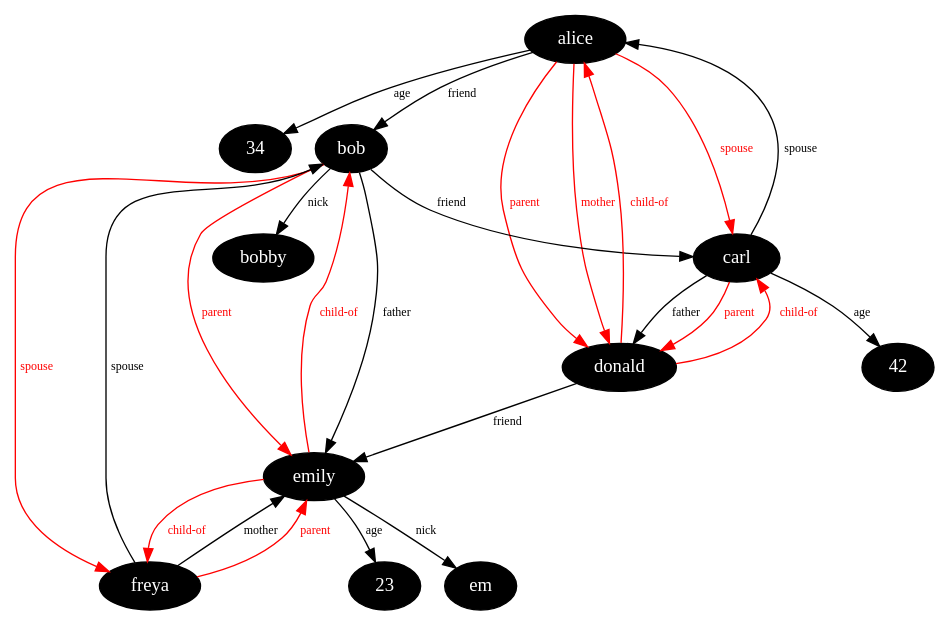
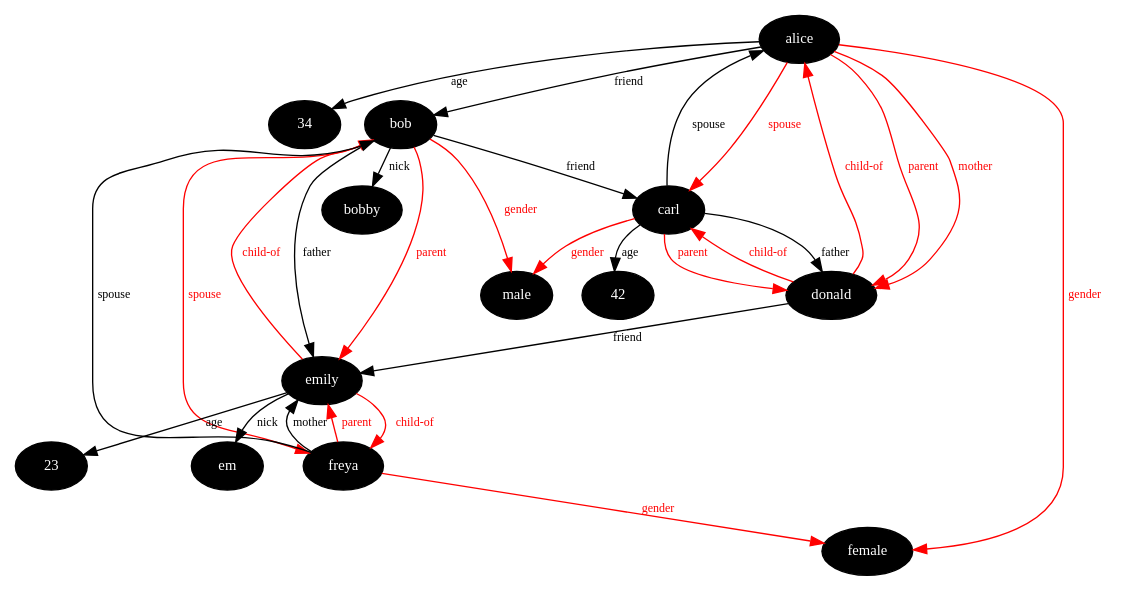
The diagram in assets/query-example02.dot (thi-ng/trio), drawn with Graphviz before and after one commit. The commit also changed 4 other files, not shown here.

Commit message:
refactor qvar projection, add compiler support for aggregate queries, update inference example, update graphviz assets

```diff
--- a/assets/query-example02.dot
+++ b/assets/query-example02.dot
@@ -1,32 +1,35 @@
 digraph G {
-node[color="black",style="filled",fontname="Inconsolata",fontcolor="white"];
-edge[fontname="Inconsolata",fontsize="9"];
-
+ranksep=0.25;
+node[color="black",style="filled",fontname="Inconsolata",fontcolor="white",fontsize=11];
+edge[fontname="Inconsolata",fontsize="9",align=center];
 "alice" -> "34" [label="age"];
 "alice" -> "bob" [label="friend"];
 "bob" -> "bobby" [label="nick"];
 "bob" -> "carl" [label="friend"];
 "bob" -> "emily" [label="father"];
 "carl" -> "42" [label="age"];
 "carl" -> "alice" [label="spouse"];
 "carl" -> "donald" [label="father"];
 "emily" -> "23" [label="age"];
 "emily" -> "em" [label="nick"];
 "freya" -> "bob" [label="spouse"];
 "freya" -> "emily" [label="mother"];
 "donald" -> "emily" [label="friend"];
 
 edge[fontname="Inconsolata",fontsize="9",color=red,fontcolor=red];
 "alice" -> "donald" [label="parent"];
 "bob" -> "emily" [label="parent"];
 "carl" -> "donald" [label="parent"];
 "freya" -> "emily" [label="parent"];
 "bob" -> "freya" [label="spouse"];
 "alice" -> "carl" [label="spouse"];
 "alice" -> "donald" [label="mother"];
 "donald" -> "alice" [label="child-of"];
 "donald" -> "carl" [label="child-of"];
 "emily" -> "bob" [label="child-of"];
 "emily" -> "freya" [label="child-of"];
-
+"alice" -> "female" [label="gender"];
+"bob" -> "male" [label="gender"];
+"carl" -> "male" [label="gender"];
+"freya" -> "female" [label="gender"];
 }
```
